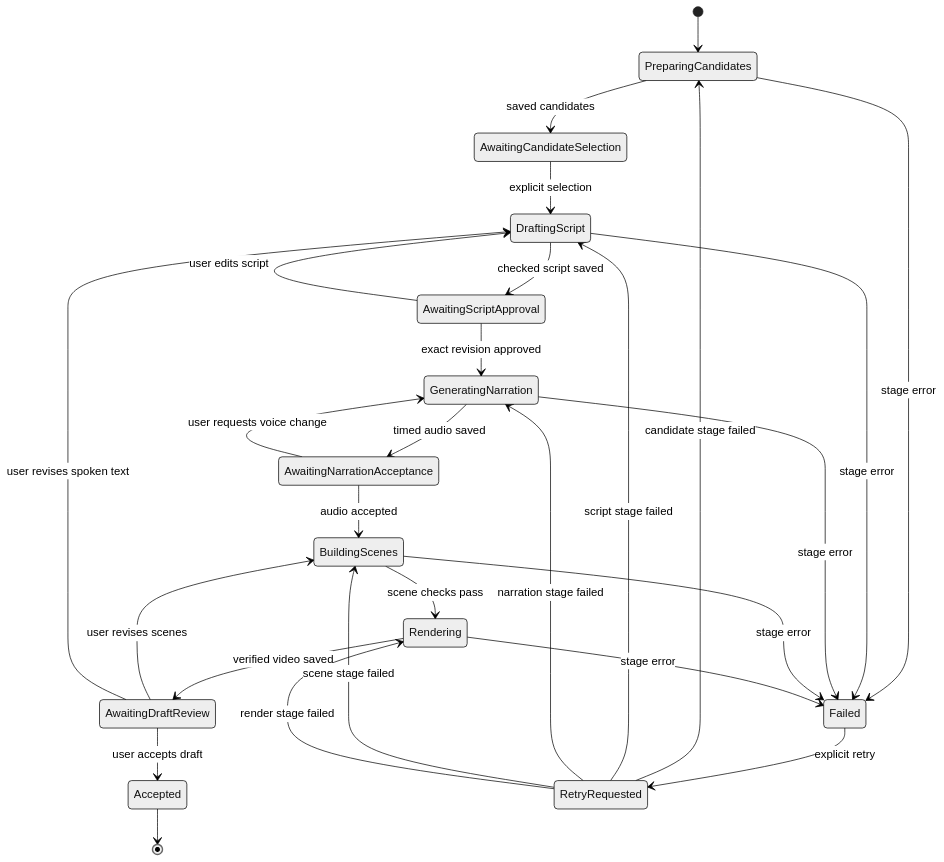
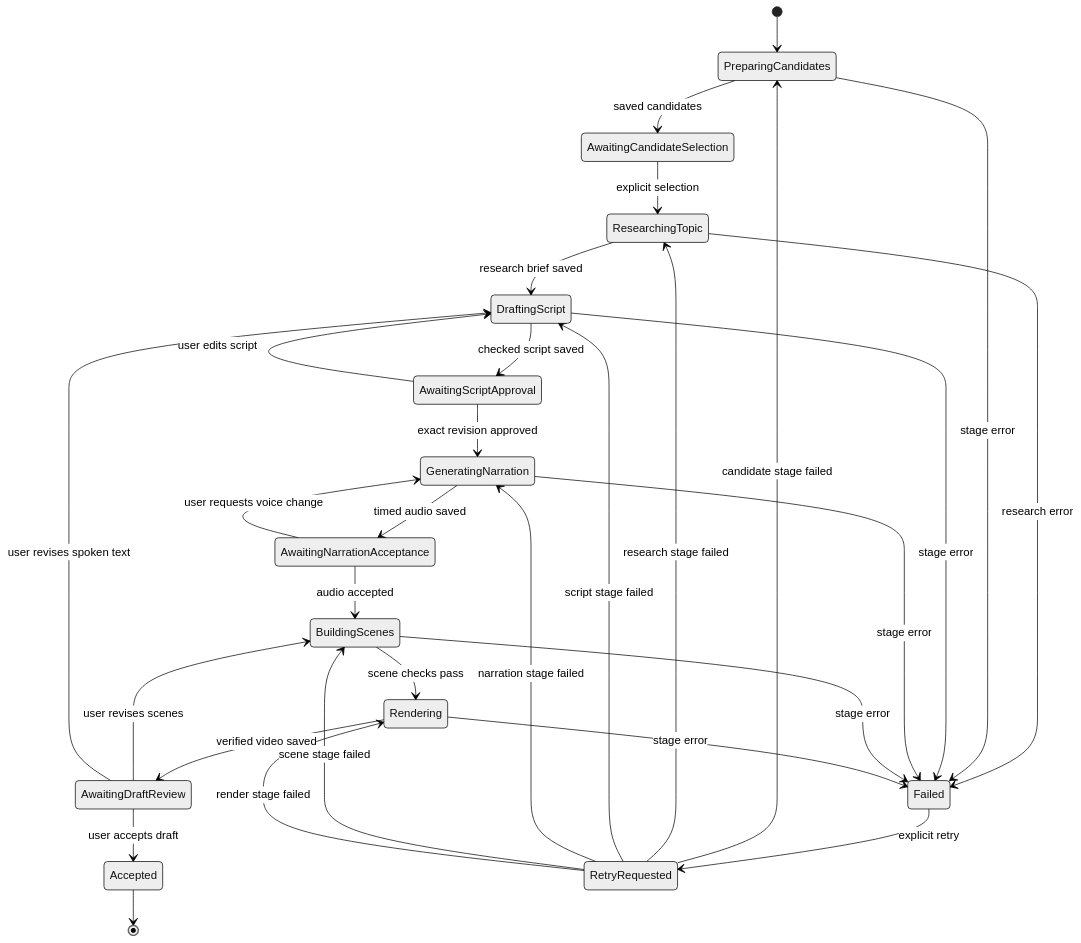
Before and after one commit to feraranas/just-a-clipper-engine: the second of 2 diagrams in docs/features/animated-explainer.md, drawn with Mermaid (neutral theme). The commit also changed other lines of this file and 16 other files, not shown here.

````diff
--- a/docs/features/animated-explainer.md
+++ b/docs/features/animated-explainer.md
@@ -277,29 +423,32 @@
 ```mermaid
 stateDiagram-v2
     [*] --> PreparingCandidates
     PreparingCandidates --> AwaitingCandidateSelection: saved candidates
-    AwaitingCandidateSelection --> DraftingScript: explicit selection
+    AwaitingCandidateSelection --> ResearchingTopic: explicit selection
+    ResearchingTopic --> DraftingScript: research brief saved
+    ResearchingTopic --> Failed: research error
     DraftingScript --> AwaitingScriptApproval: checked script saved
     AwaitingScriptApproval --> DraftingScript: user edits script
     AwaitingScriptApproval --> GeneratingNarration: exact revision approved
     GeneratingNarration --> AwaitingNarrationAcceptance: timed audio saved
     AwaitingNarrationAcceptance --> GeneratingNarration: user requests voice change
     AwaitingNarrationAcceptance --> BuildingScenes: audio accepted
     BuildingScenes --> Rendering: scene checks pass
     Rendering --> AwaitingDraftReview: verified video saved
     AwaitingDraftReview --> BuildingScenes: user revises scenes
     AwaitingDraftReview --> DraftingScript: user revises spoken text
     AwaitingDraftReview --> Accepted: user accepts draft
     Accepted --> [*]
     PreparingCandidates --> Failed: stage error
     DraftingScript --> Failed: stage error
     GeneratingNarration --> Failed: stage error
     BuildingScenes --> Failed: stage error
     Rendering --> Failed: stage error
     Failed --> RetryRequested: explicit retry
     RetryRequested --> PreparingCandidates: candidate stage failed
+    RetryRequested --> ResearchingTopic: research stage failed
     RetryRequested --> DraftingScript: script stage failed
     RetryRequested --> GeneratingNarration: narration stage failed
     RetryRequested --> BuildingScenes: scene stage failed
     RetryRequested --> Rendering: render stage failed
 ```
````
